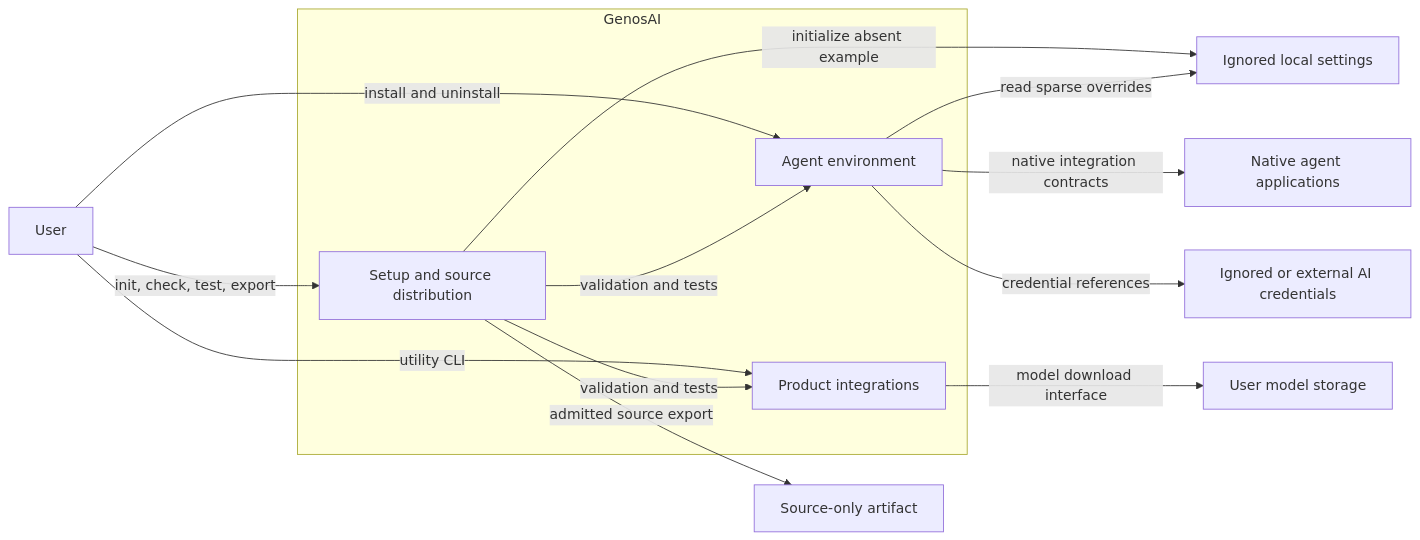
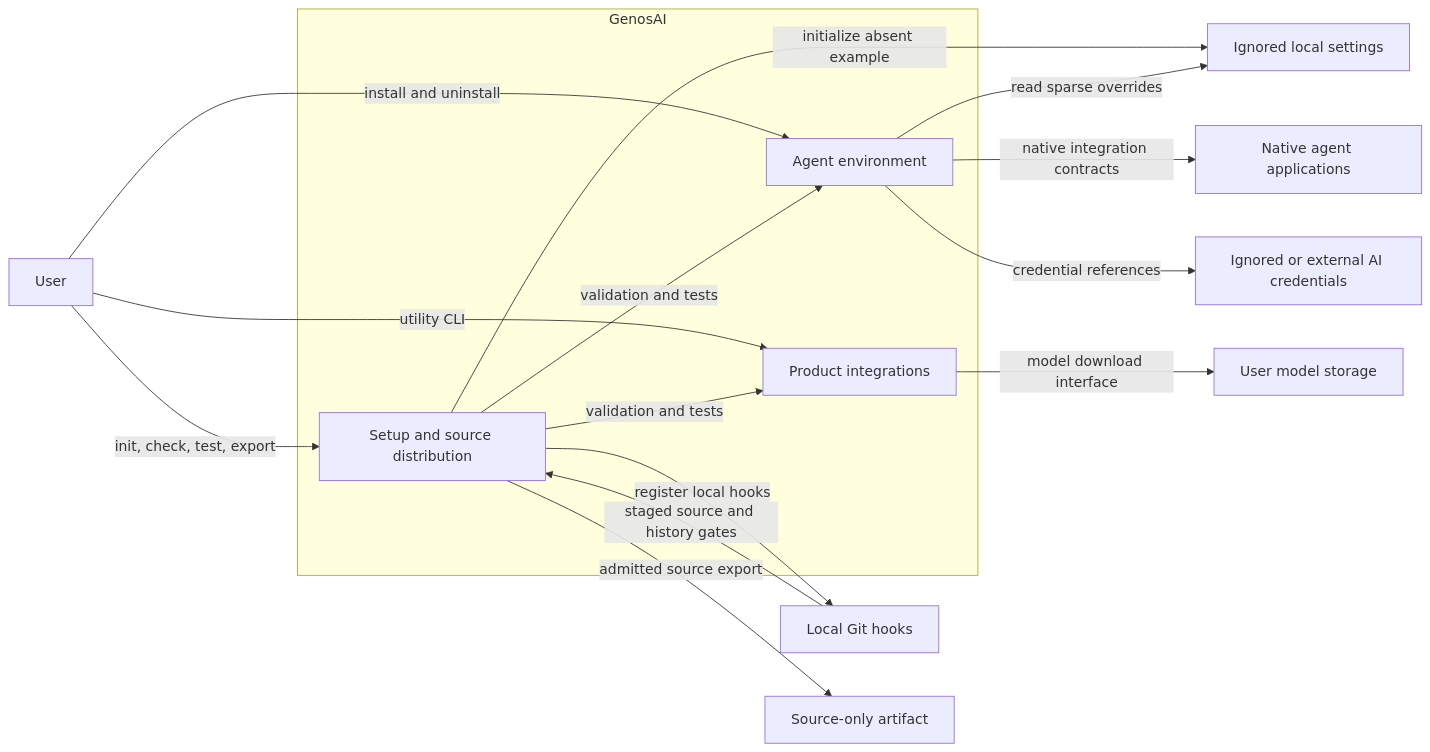
The diagram in docs/architecture/diagrams/main.md (6r0m/GenosAI), drawn with Mermaid before and after one commit. The commit also changed 38 other files, not shown here.

First line of the commit message:
Add JSONC local config and local release hooks

````diff
--- a/docs/architecture/diagrams/main.md
+++ b/docs/architecture/diagrams/main.md
@@ -5,19 +5,21 @@
 ```mermaid
 flowchart LR
   subgraph Project[GenosAI]
     Agents[Agent environment]
     Integrations[Product integrations]
     Tools[Setup and source distribution]
   end
   User[User] -->|init, check, test, export| Tools
   User -->|install and uninstall| Agents
   User -->|utility CLI| Integrations
   Tools -->|initialize absent example| Local[Ignored local settings]
   Tools -->|validation and tests| Agents
   Tools -->|validation and tests| Integrations
+  Git[Local Git hooks] -->|staged source and history gates| Tools
+  Tools -->|register local hooks| Git
   Tools -->|admitted source export| Distribution[Source-only artifact]
   Agents -->|read sparse overrides| Local
   Agents -->|native integration contracts| Clients[Native agent applications]
   Agents -->|credential references| Keys[Ignored or external AI credentials]
   Integrations -->|model download interface| Models[User model storage]
 ```
````
